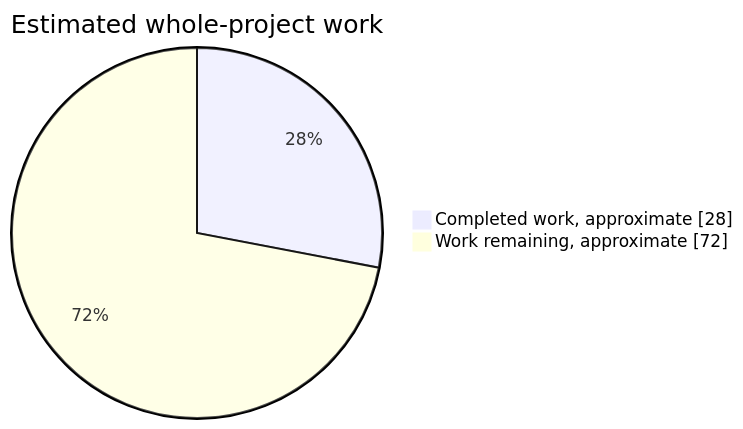
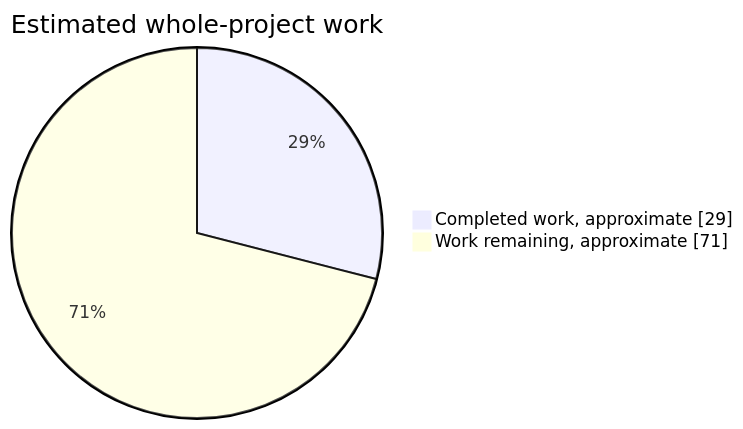
The first of 2 diagrams in readme.md (NachtRaveVL/stuntracefx), drawn with Mermaid before and after one commit. The commit also changed other lines of this file and 7 other files, not shown here.

````diff
--- a/readme.md
+++ b/readme.md
@@ -56,6 +56,6 @@
 ```mermaid
 pie showData
     title Estimated whole-project work
-    "Completed work, approximate" : 28
-    "Work remaining, approximate" : 72
+    "Completed work, approximate" : 29
+    "Work remaining, approximate" : 71
 ```
````
